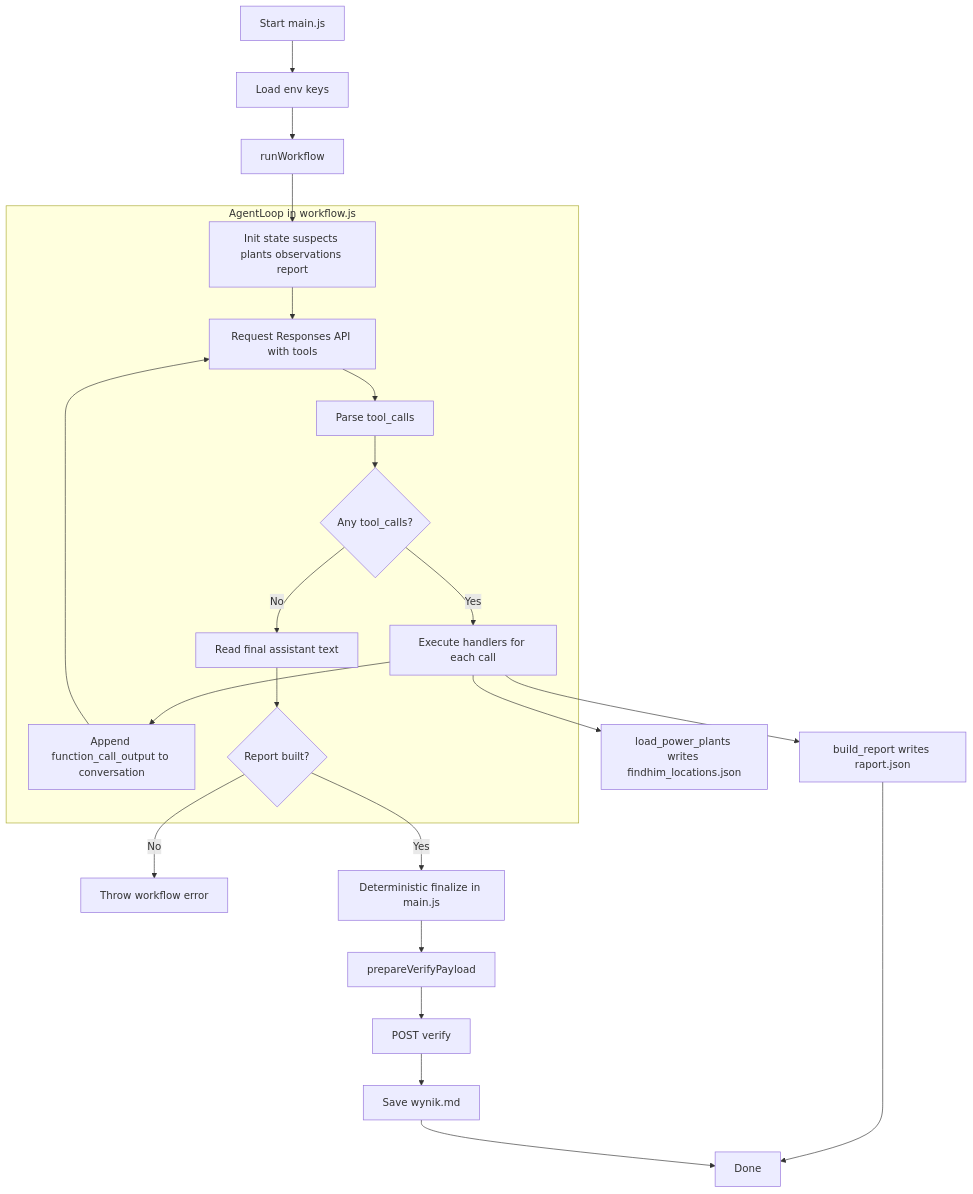
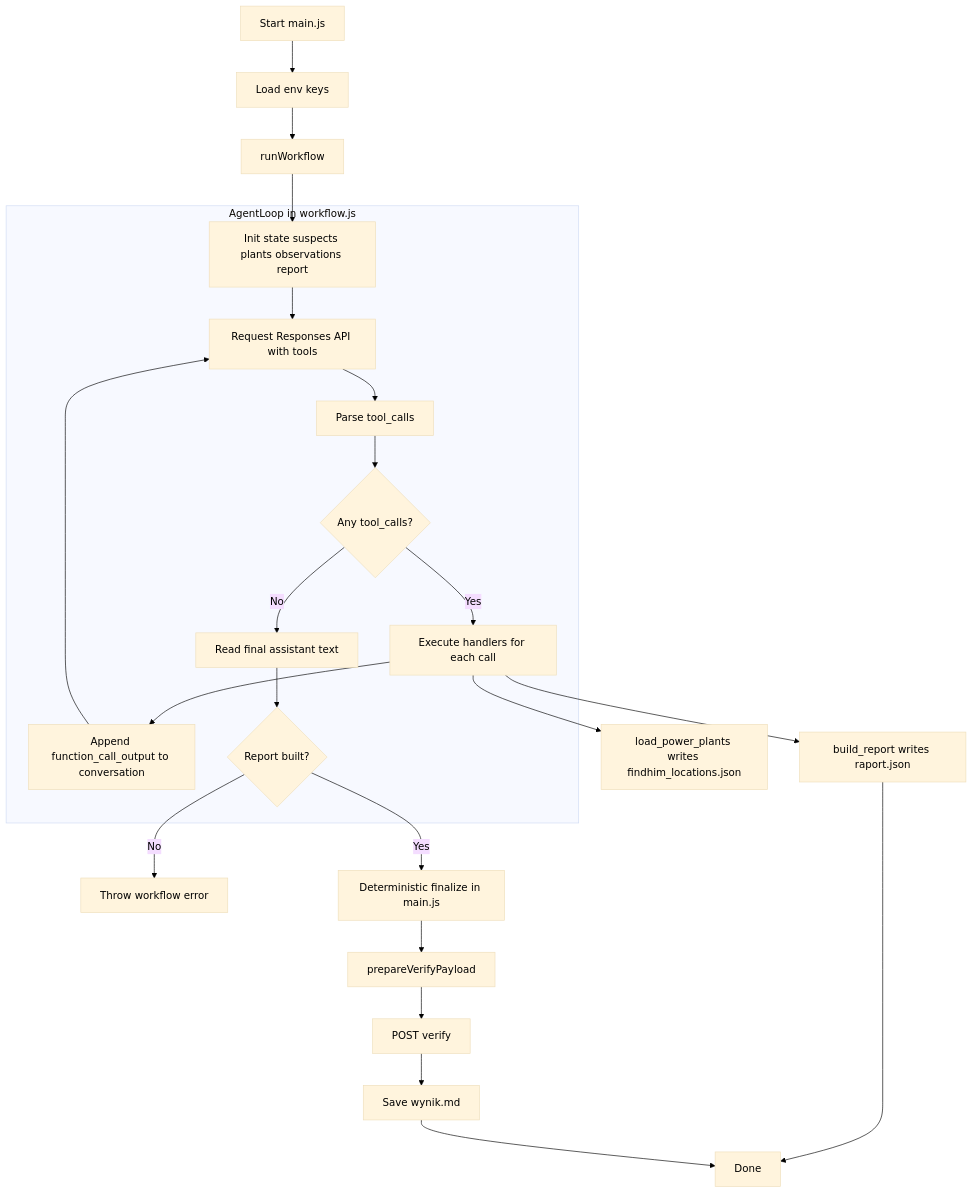
Before and after one commit to rafsaw/4th-devs: the first of 2 diagrams in 01_02_zadanie/cursor_workflow_and_tools_implementation.md, drawn with Mermaid. The commit also changed other lines of this file, not shown here.

Commit message:
Enhance Mermaid diagrams for findhim task by adding theme customization for improved visual clarity. Updated workflow and sequence diagrams to include background and text color settings.

````diff
--- a/01_02_zadanie/cursor_workflow_and_tools_implementation.md
+++ b/01_02_zadanie/cursor_workflow_and_tools_implementation.md
@@ -788,37 +788,42 @@
 ```mermaid
+%%{init: {'theme':'base', 'themeVariables': {
+  'background': '#ffffff',
+  'primaryTextColor': '#000000',
+  'lineColor': '#000000'
+}}}%%
 flowchart TD
   start[Start main.js] --> loadKeys[Load env keys]
   loadKeys --> runWorkflow[runWorkflow]
 
   subgraph agentLoop [AgentLoop in workflow.js]
     initState[Init state suspects plants observations report]
     request[Request Responses API with tools]
     parseCalls[Parse tool_calls]
     hasCalls{Any tool_calls?}
     execTools[Execute handlers for each call]
     addOutputs[Append function_call_output to conversation]
     finalText[Read final assistant text]
     guard{Report built?}
 
     initState --> request
     request --> parseCalls
     parseCalls --> hasCalls
     hasCalls -->|Yes| execTools
     execTools --> addOutputs
     addOutputs --> request
     hasCalls -->|No| finalText
     finalText --> guard
   end
 
   runWorkflow --> initState
   guard -->|No| fail[Throw workflow error]
   guard -->|Yes| deterministic[Deterministic finalize in main.js]
 
   deterministic --> payload[prepareVerifyPayload]
   payload --> verify[POST verify]
   verify --> saveResult[Save wynik.md]
   execTools --> saveReport[build_report writes raport.json]
   execTools --> saveLocations[load_power_plants writes findhim_locations.json]
   saveReport --> done[Done]
   saveResult --> done
 ```
````
